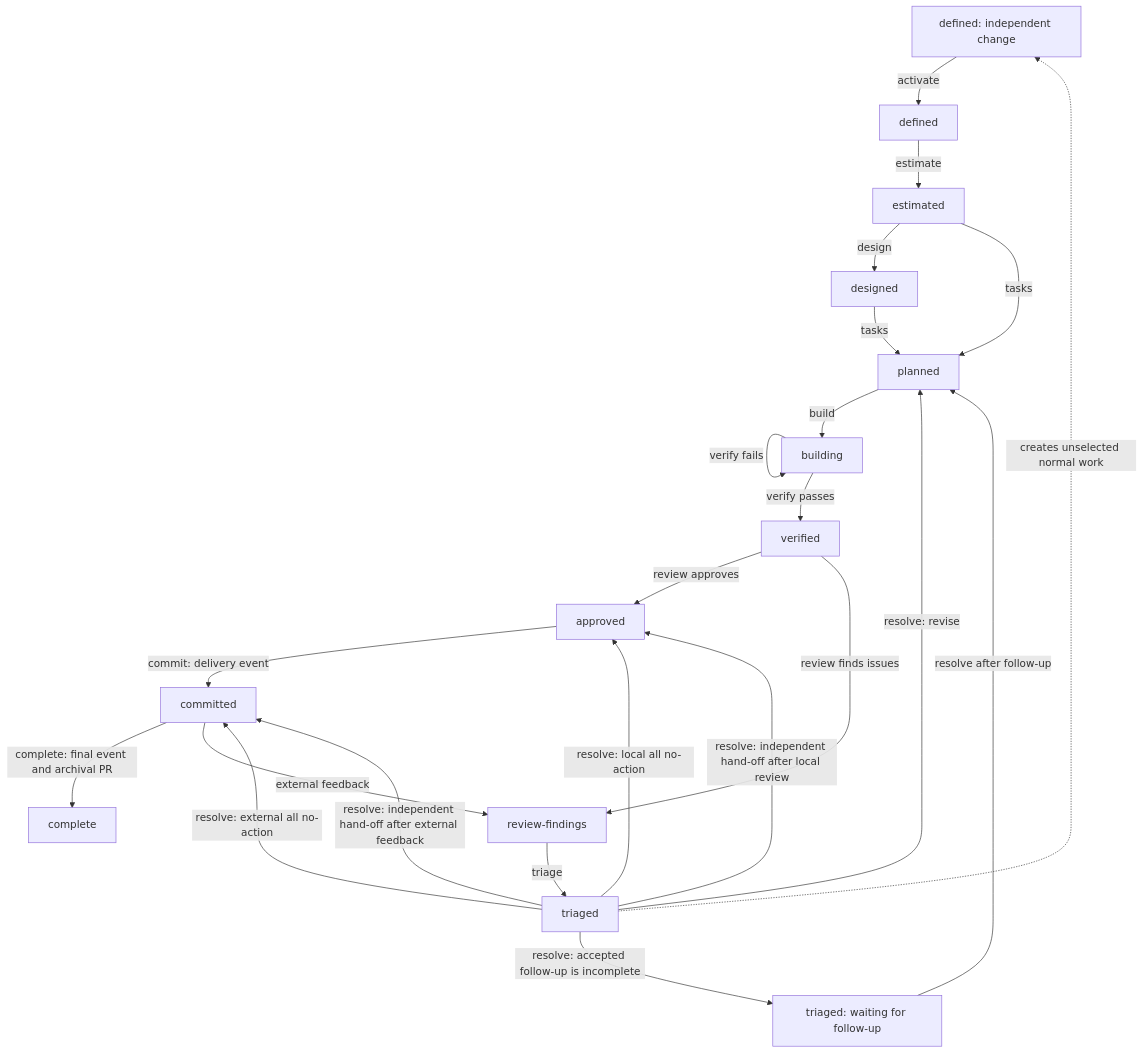
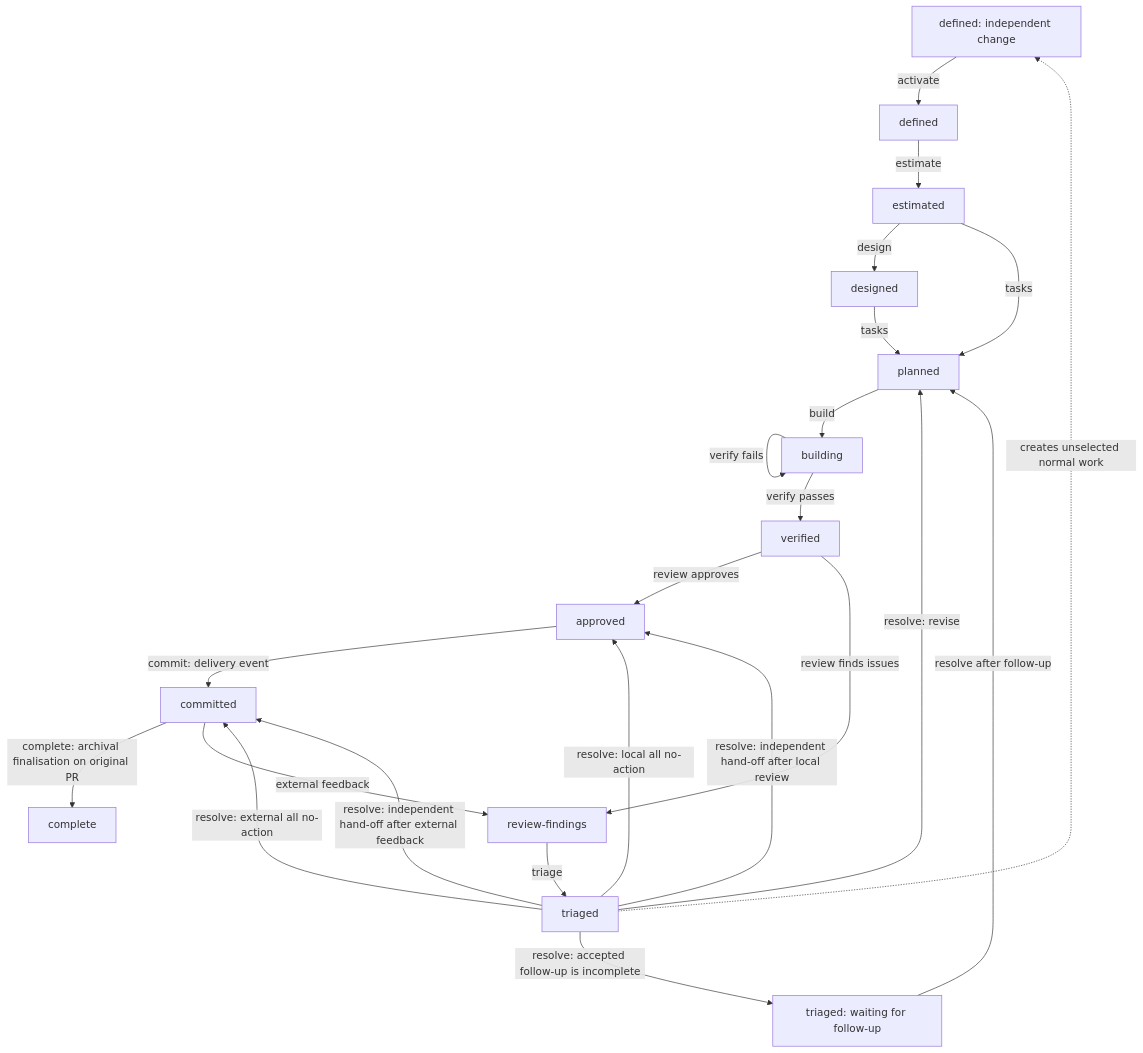
The first of 3 diagrams in docs/LIFECYCLE.md (deeprave/specle), drawn with Mermaid before and after one commit. The commit also changed other lines of this file and 35 other files, not shown here.

````diff
--- a/docs/LIFECYCLE.md
+++ b/docs/LIFECYCLE.md
@@ -73,26 +72,26 @@
 ```mermaid
 flowchart TB
   unselected_defined[unselected defined] -->|activate| defined
   defined -->|estimate| estimated
   estimated -->|design| designed
   estimated -->|tasks| planned
   designed -->|tasks| planned
   planned -->|build| building
   building -->|build| building
   building -->|verify passes| verified
   building -->|verify fails| building
   verified -->|review approves| approved
   approved -->|commit: delivery event| committed
-  committed -->|complete: final event and archival PR| complete
+  committed -->|complete: archival finalisation on original PR| complete
   committed -->|external feedback| review_findings
   verified -->|review finds issues| review_findings[review-findings]
   review_findings -->|triage| triaged
   triaged -->|resolve: revise| planned
   triaged -->|resolve: accepted follow-up is incomplete| waiting[triaged: waiting for follow-up]
   waiting -->|resolve after follow-up| planned
   triaged -->|resolve: local all no-action| approved
   triaged -->|resolve: external all no-action| committed
   triaged -->|resolve: independent hand-off after local review| approved
   triaged -->|resolve: independent hand-off after external feedback| committed
   triaged -.->|creates unselected normal work| unselected_defined[defined: independent change]
 ```
````
